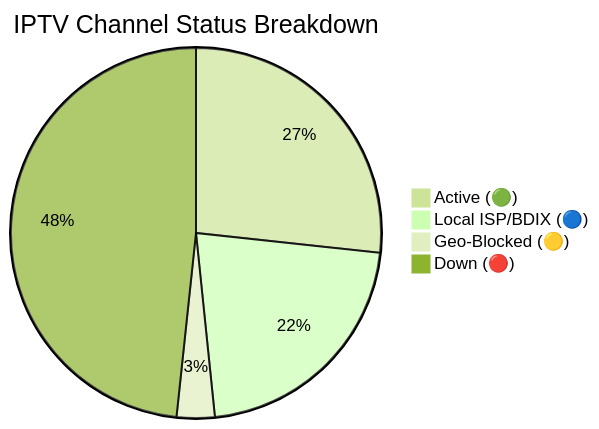
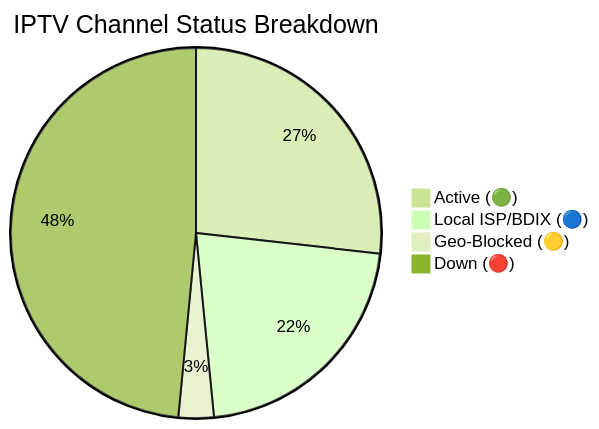
One commit to Zaman-Topu/Ip-tv-Collection changed the diagram in README.md. Above: the diagram before and after it, drawn with Mermaid (forest theme). The commit also changed other lines of this file and 6 other files, not shown here.

````diff
--- a/README.md
+++ b/README.md
@@ -72,7 +72,7 @@
 ```mermaid
 pie title IPTV Channel Status Breakdown
-    "Active (🟢)" : 11059
-    "Local ISP/BDIX (🔵)" : 8965
-    "Geo-Blocked (🟡)" : 1373
-    "Down (🔴)" : 20004
+    "Active (🟢)" : 11076
+    "Local ISP/BDIX (🔵)" : 8961
+    "Geo-Blocked (🟡)" : 1274
+    "Down (🔴)" : 20048
 ```
````
